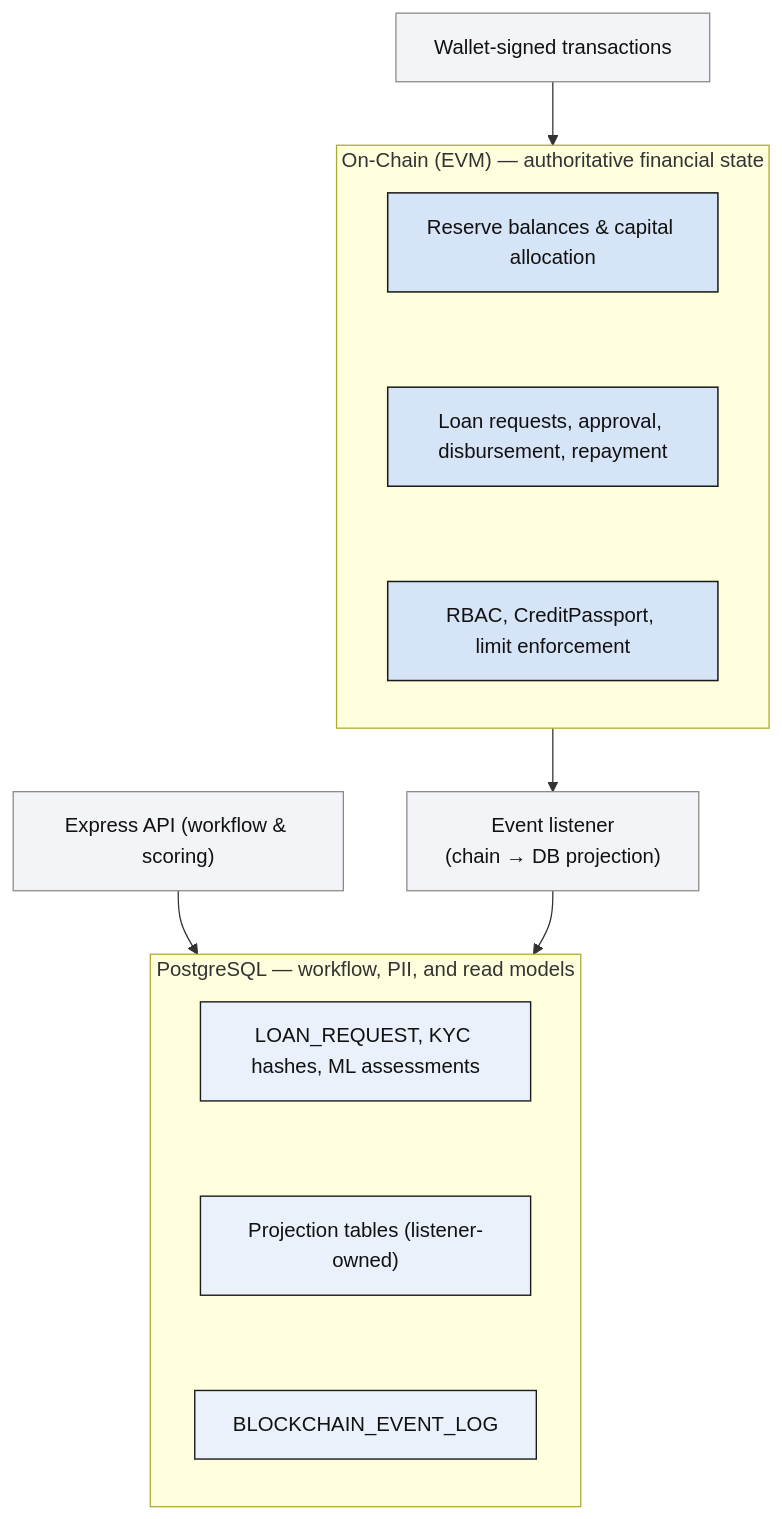
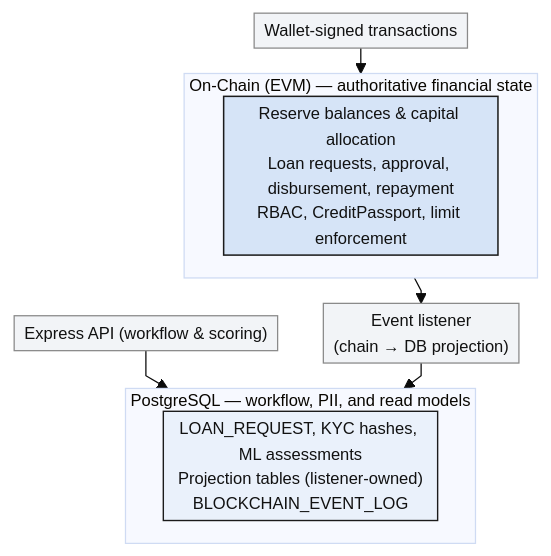
One commit to Yuvraajrahman/Cryto-World-Bank changed the diagram in Documentation/Pre Thesis -2 Documents/V35 /Diagrams/fig-financial-data-lifecycle.mmd. Above: the diagram before and after it, drawn with Mermaid. The commit also changed 140 other files, not shown here.

```diff
--- a/Documentation/Pre Thesis -2 Documents/V35 /Diagrams/fig-financial-data-lifecycle.mmd
+++ b/Documentation/Pre Thesis -2 Documents/V35 /Diagrams/fig-financial-data-lifecycle.mmd
@@ -1,30 +1,28 @@
+%%{init: {"theme": "base", "flowchart": {"htmlLabels": true, "curve": "linear", "nodeSpacing": 16, "rankSpacing": 20, "padding": 4, "useMaxWidth": false}, "themeVariables": {"fontSize": "13px"}} }%%
 flowchart TB
-  subgraph CHAIN["On-Chain (EVM) &mdash; authoritative financial state"]
-    direction TB
-    C1["Reserve balances &amp; capital allocation"]
-    C2["Loan requests, approval, disbursement, repayment"]
-    C3["RBAC, CreditPassport, limit enforcement"]
-    C1 ~~~ C2 ~~~ C3
-  end
-  subgraph DB["PostgreSQL &mdash; workflow, PII, and read models"]
-    direction TB
-    D1["LOAN_REQUEST, KYC hashes, ML assessments"]
-    D2["Projection tables (listener-owned)"]
-    D3["BLOCKCHAIN_EVENT_LOG"]
-    D1 ~~~ D2 ~~~ D3
-  end
+
   WALLET["Wallet-signed transactions"]
   API["Express API (workflow &amp; scoring)"]
+
+  subgraph CHAIN["On-Chain (EVM) &mdash; authoritative financial state"]
+    CN["Reserve balances &amp; capital allocation<br/>Loan requests, approval, disbursement, repayment<br/>RBAC, CreditPassport, limit enforcement"]
+  end
+
+  subgraph DB["PostgreSQL &mdash; workflow, PII, and read models"]
+    DN["LOAN_REQUEST, KYC hashes, ML assessments<br/>Projection tables (listener-owned)<br/>BLOCKCHAIN_EVENT_LOG"]
+  end
+
   EL["Event listener<br/>(chain &rarr; DB projection)"]
 
   WALLET --> CHAIN
-  API --> D1
+  API --> DB
+  CHAIN ~~~ DB
   CHAIN --> EL
   EL --> DB
 
   classDef apex fill:#D6E4F7,stroke:#1B1B1B,stroke-width:1.2px,color:#111111;
   classDef mid fill:#EAF1FB,stroke:#1B1B1B,stroke-width:1.1px,color:#111111;
   classDef neutral fill:#F2F4F7,stroke:#8A8A8A,stroke-width:1px,color:#111111;
-  class C1,C2,C3 apex;
-  class D1,D2,D3 mid;
+  class CN apex;
+  class DN mid;
   class WALLET,API,EL neutral;
```
